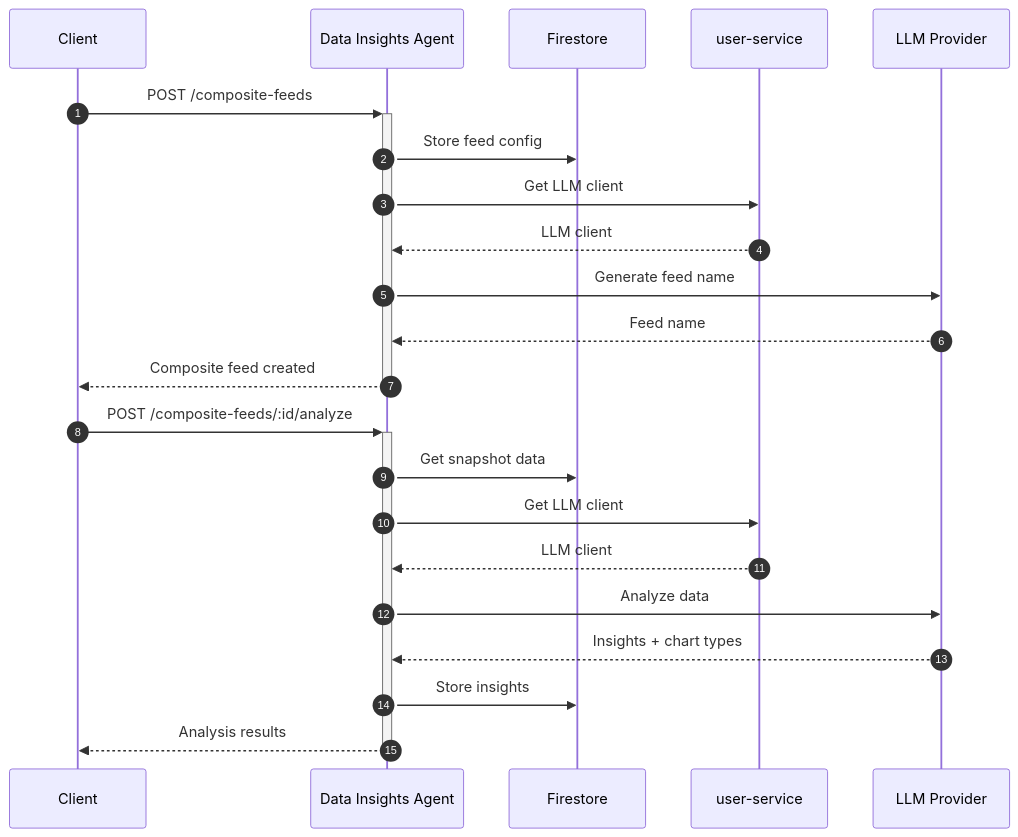
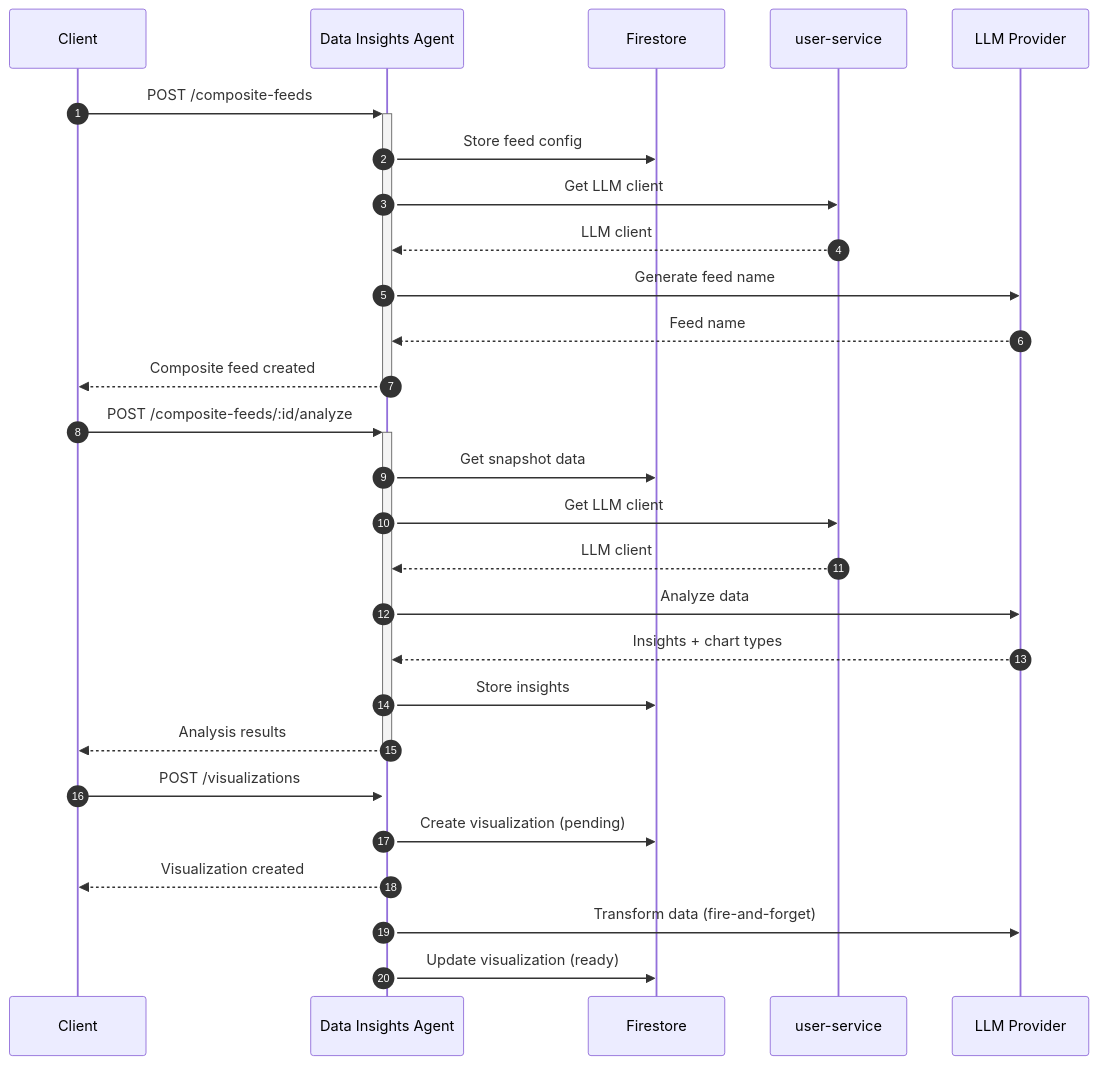
One commit to pbuchman/intexuraos changed the second of 2 diagrams in docs/services/data-insights-agent/technical.md. Above: the diagram before and after it, drawn with Mermaid. The commit also changed other lines of this file and 147 other files, not shown here.

````diff
--- a/docs/services/data-insights-agent/technical.md
+++ b/docs/services/data-insights-agent/technical.md
@@ -49,26 +49,32 @@
 ```mermaid
 sequenceDiagram
     autonumber
     participant Client
     participant DataInsights as Data Insights Agent
     participant Firestore
     participant UserService as user-service
     participant LLM as LLM Provider
 
     Client->>+DataInsights: POST /composite-feeds
     DataInsights->>Firestore: Store feed config
     DataInsights->>UserService: Get LLM client
     UserService-->>DataInsights: LLM client
     DataInsights->>LLM: Generate feed name
     LLM-->>DataInsights: Feed name
     DataInsights-->>-Client: Composite feed created
 
     Client->>+DataInsights: POST /composite-feeds/:id/analyze
     DataInsights->>Firestore: Get snapshot data
     DataInsights->>UserService: Get LLM client
     UserService-->>DataInsights: LLM client
     DataInsights->>LLM: Analyze data
     LLM-->>DataInsights: Insights + chart types
     DataInsights->>Firestore: Store insights
     DataInsights-->>-Client: Analysis results
+
+    Client->>+DataInsights: POST /visualizations
+    DataInsights->>Firestore: Create visualization (pending)
+    DataInsights-->>Client: Visualization created
+    DataInsights->>LLM: Transform data (fire-and-forget)
+    DataInsights->>Firestore: Update visualization (ready)
 ```
````
